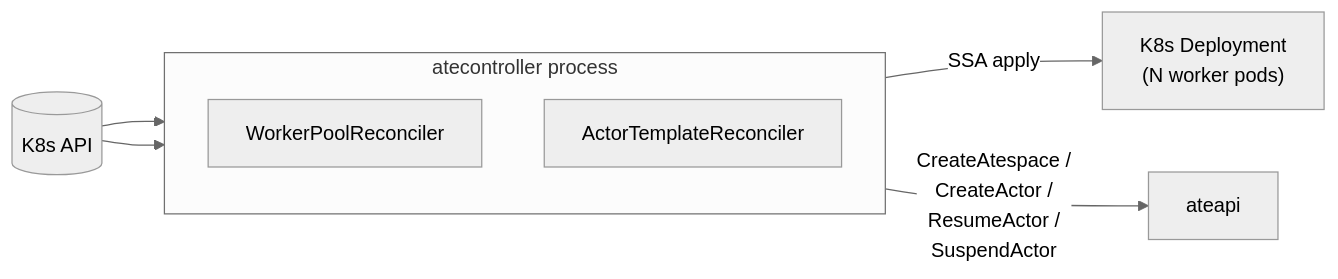
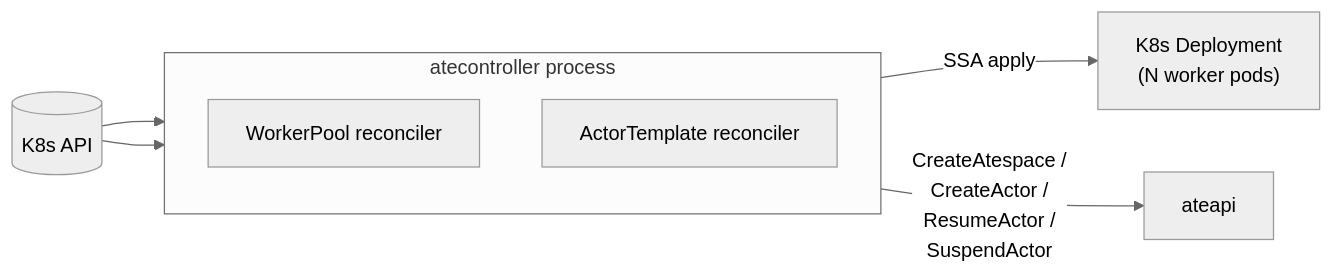
Before and after one commit to christian-posta/substrate: the first of 2 diagrams in atlas/src/content/docs/components/atecontroller.mdx, drawn with Mermaid (neutral theme). The commit also changed other lines of this file and 27 other files, not shown here.

````diff
--- a/atlas/src/content/docs/components/atecontroller.mdx
+++ b/atlas/src/content/docs/components/atecontroller.mdx
@@ -15,16 +15,16 @@
 ```mermaid
 flowchart LR
   subgraph CTRL["atecontroller process"]
     direction TB
-    WPR["WorkerPoolReconciler"]
-    ATR["ActorTemplateReconciler"]
+    WPR["WorkerPool reconciler"]
+    ATR["ActorTemplate reconciler"]
   end
 
   K8s[(K8s API)] --> WPR
   K8s --> ATR
 
   WPR -- SSA apply --> DEP["K8s Deployment<br/>(N worker pods)"]
   ATR -- CreateAtespace /<br/>CreateActor /<br/>ResumeActor /<br/>SuspendActor --> API[ateapi]
 
   click API "/components/ateapi/" "ateapi"
 ```
````
